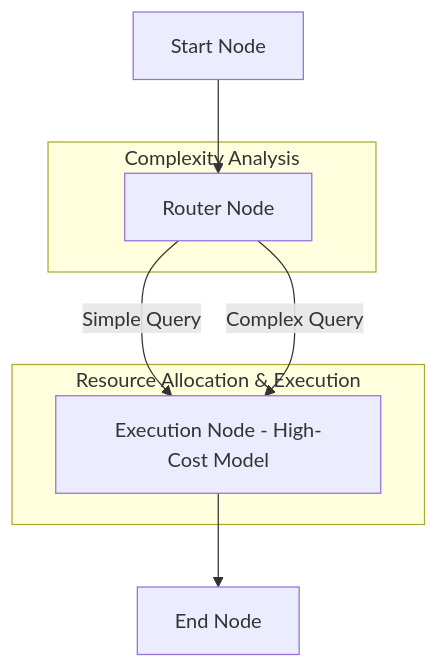
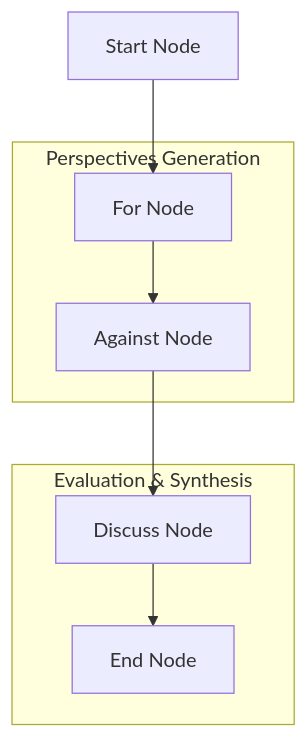
Before and after one commit to Adrian-patrick/agentic-ai-design-patterns: the diagram in README.md, drawn with Mermaid. The commit also changed other lines of this file and 11 other files, not shown here.

````diff
--- a/README.md
+++ b/README.md
@@ -15,15 +18,17 @@
 ```mermaid
 graph TD
-    StartNode[Start Node] --> RouterNode[Router Node]
-    RouterNode -->|Simple Query| ExecutionNode[Execution Node - Low-Cost Model]
-    RouterNode -->|Complex Query| ExecutionNode[Execution Node - High-Cost Model]
-    ExecutionNode --> EndNode[End Node]
+    StartNode[Start Node] --> ForNode[For Node]
+    ForNode --> AgainstNode[Against Node]
+    AgainstNode --> DiscussNode[Discuss Node]
+    DiscussNode --> EndNode[End Node]
 
-    subgraph "Complexity Analysis"
-        RouterNode
+    subgraph "Perspectives Generation"
+        ForNode
+        AgainstNode
     end
 
-    subgraph "Resource Allocation & Execution"
-        ExecutionNode
+    subgraph "Evaluation & Synthesis"
+        DiscussNode
+        EndNode
     end
 ```
````
